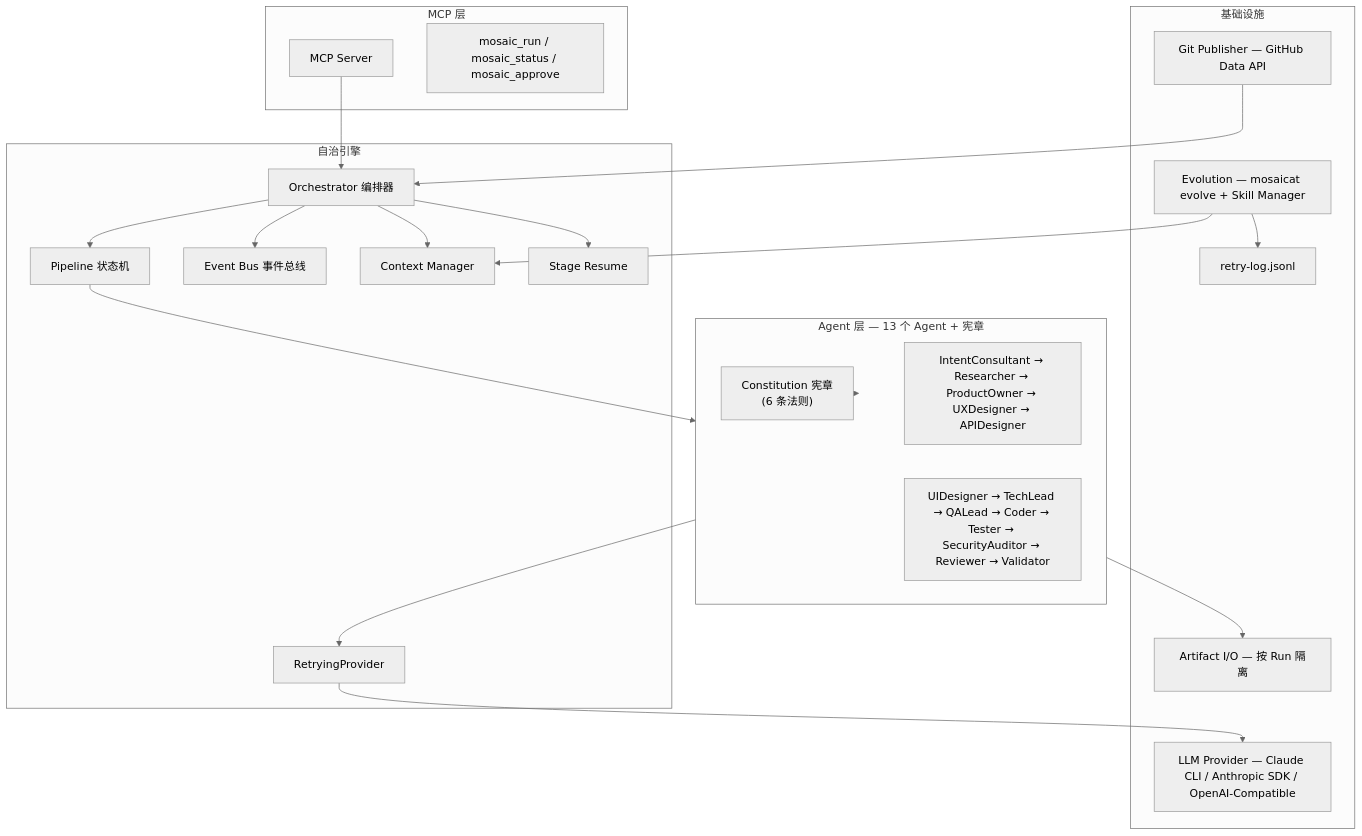
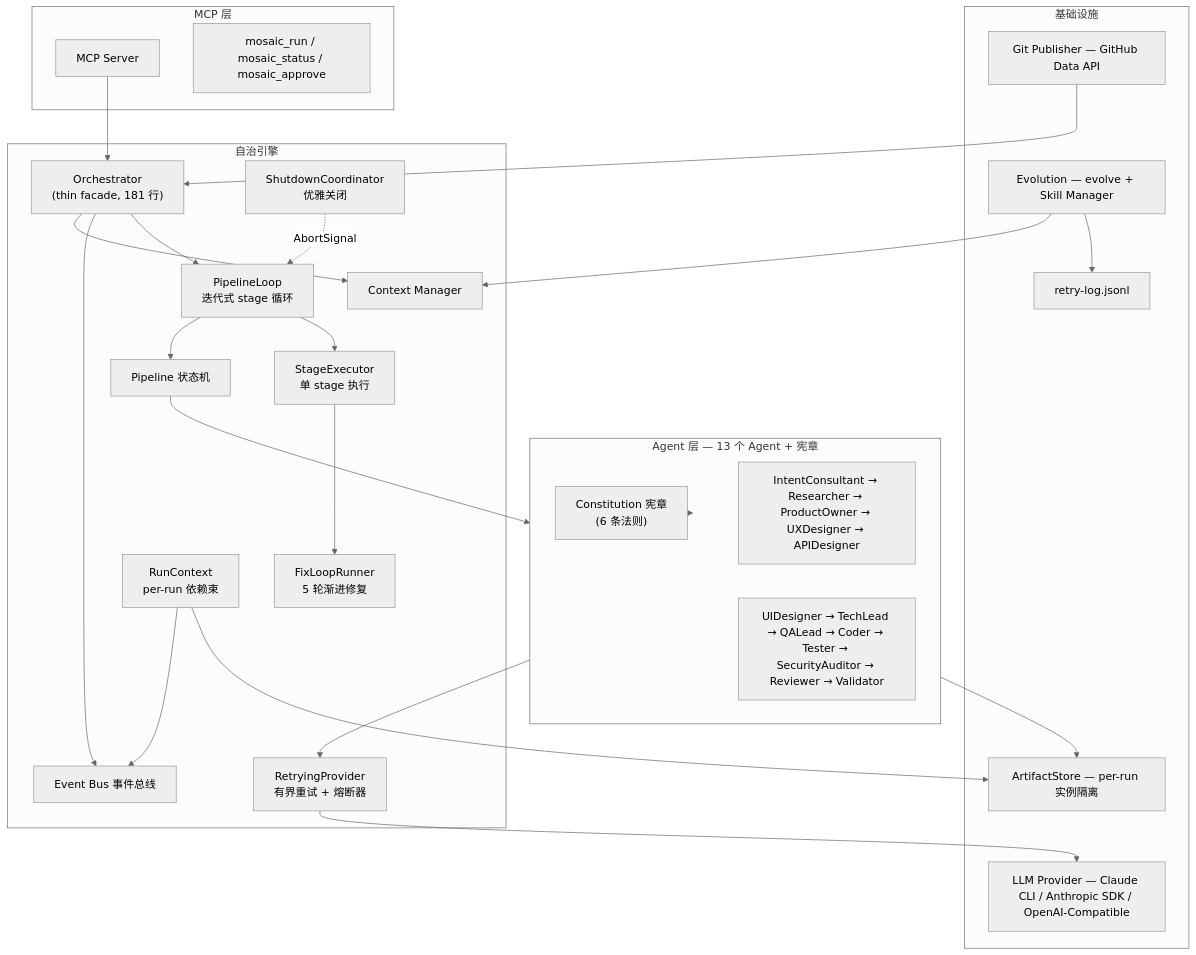
Before and after one commit to ZB-ur/mosaicat: the third of 3 diagrams in README.md, drawn with Mermaid (neutral theme). The commit also changed other lines of this file, not shown here.

````diff
--- a/README.md
+++ b/README.md
@@ -398,45 +334,54 @@
 ```mermaid
 graph TB
     subgraph MCP["MCP 层"]
         MCPServer["MCP Server"]
         MCPTools["mosaic_run / mosaic_status / mosaic_approve"]
     end
 
     subgraph Engine["自治引擎"]
-        Orch["Orchestrator 编排器"]
+        Orch["Orchestrator<br/>(thin facade, 181 行)"]
+        PLoop["PipelineLoop<br/>迭代式 stage 循环"]
+        StageExec["StageExecutor<br/>单 stage 执行"]
+        FixLoop["FixLoopRunner<br/>5 轮渐进修复"]
+        Shutdown["ShutdownCoordinator<br/>优雅关闭"]
         Pipeline["Pipeline 状态机"]
         EventBus["Event Bus 事件总线"]
         CtxMgr["Context Manager"]
-        Resume["Stage Resume"]
-        RetryProv["RetryingProvider"]
+        RunCtx["RunContext<br/>per-run 依赖束"]
+        RetryProv["RetryingProvider<br/>有界重试 + 熔断器"]
     end
 
     subgraph Agents["Agent 层 — 13 个 Agent + 宪章"]
         direction LR
         Constitution["Constitution 宪章<br/>(6 条法则)"]
         A1["IntentConsultant → Researcher → ProductOwner → UXDesigner → APIDesigner"]
         A2["UIDesigner → TechLead → QALead → Coder → Tester → SecurityAuditor → Reviewer → Validator"]
     end
 
     subgraph Infra["基础设施"]
         Provider["LLM Provider — Claude CLI / Anthropic SDK / OpenAI-Compatible"]
         Git["Git Publisher — GitHub Data API"]
-        Artifacts["Artifact I/O — 按 Run 隔离"]
-        Evolution["Evolution — mosaicat evolve + Skill Manager"]
+        ArtStore["ArtifactStore — per-run 实例隔离"]
+        Evolution["Evolution — evolve + Skill Manager"]
         RetryLog["retry-log.jsonl"]
     end
 
     MCPServer --> Orch
-    Orch --> Pipeline
+    Orch --> PLoop
+    PLoop --> StageExec
+    StageExec --> FixLoop
+    Shutdown -.->|AbortSignal| PLoop
+    PLoop --> Pipeline
     Orch --> EventBus
     Orch --> CtxMgr
-    Orch --> Resume
+    RunCtx --> ArtStore
+    RunCtx --> EventBus
     Pipeline --> Agents
     Constitution --> Agents
     Agents --> RetryProv
     RetryProv --> Provider
-    Agents --> Artifacts
+    Agents --> ArtStore
     Git --> Orch
     Evolution --> RetryLog
     Evolution --> CtxMgr
 ```
````
